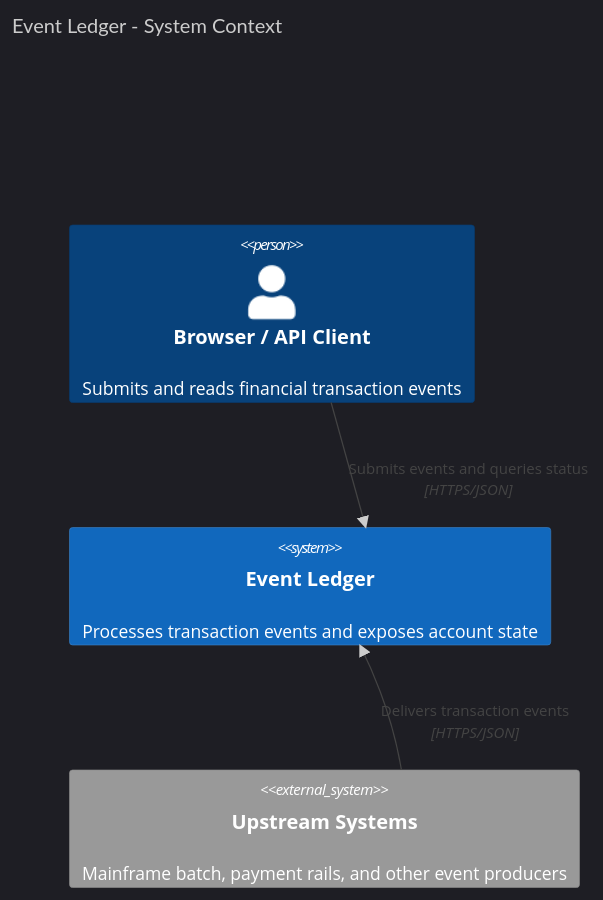
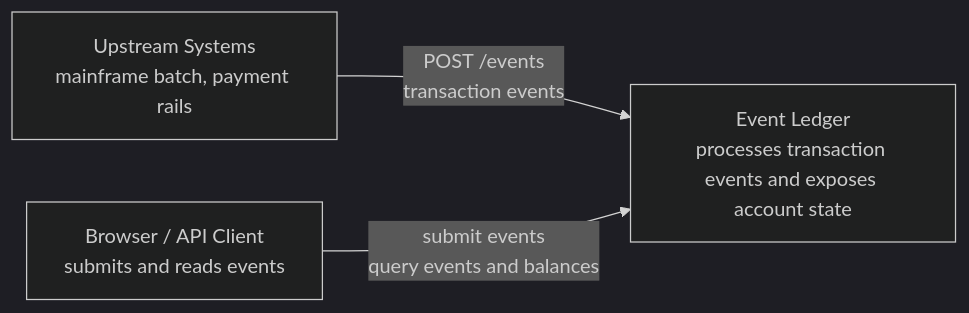
Before and after one commit to phnxfire/distr-sys-itrvw: the first of 3 diagrams in docs/architecture.md, drawn with Mermaid (dark theme). The commit also changed other lines of this file and 8 other files, not shown here.

Commit message:
Improve architecture diagram layout

````diff
--- a/docs/architecture.md
+++ b/docs/architecture.md
@@ -29,10 +29,9 @@
 ```mermaid
-C4Context
-  title Event Ledger - System Context
-  Person(client, "Browser / API Client", "Submits and reads financial transaction events")
-  System(eventLedger, "Event Ledger", "Processes transaction events and exposes account state")
-  System_Ext(upstream, "Upstream Systems", "Mainframe batch, payment rails, and other event producers")
+flowchart LR
+  upstream["Upstream Systems<br/>mainframe batch, payment rails"]
+  client["Browser / API Client<br/>submits and reads events"]
+  ledger["Event Ledger<br/>processes transaction events and exposes account state"]
 
-  Rel(client, eventLedger, "Submits events and queries status", "HTTPS/JSON")
-  Rel(upstream, eventLedger, "Delivers transaction events", "HTTPS/JSON")
+  upstream -->|"POST /events<br/>transaction events"| ledger
+  client -->|"submit events<br/>query events and balances"| ledger
 ```
````
